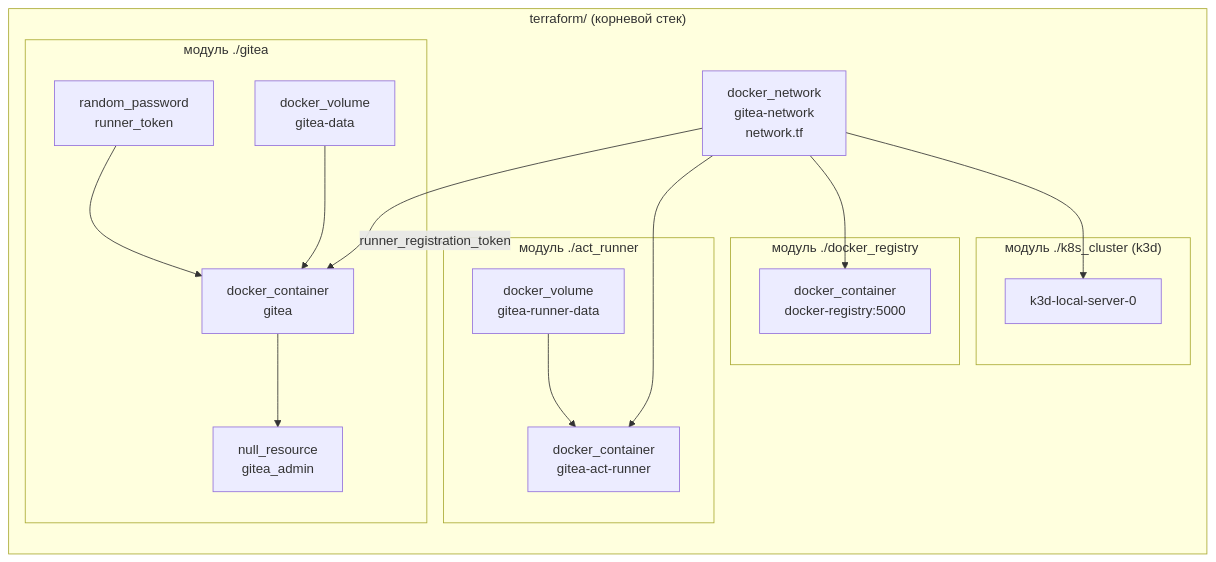
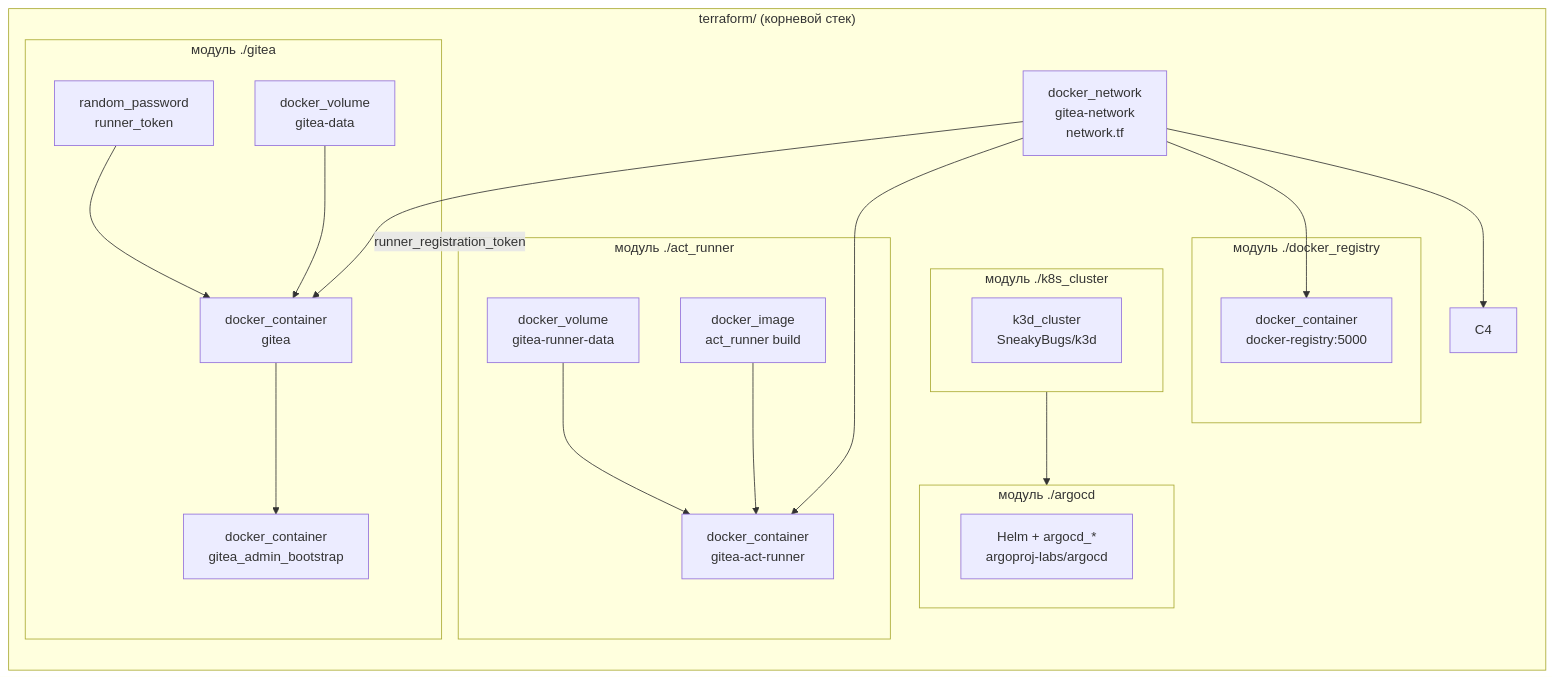
Before and after one commit to KRTone/environment: the second of 4 diagrams in documentation/EnvironmentObsidian/Схема проекта.md, drawn with Mermaid. The commit also changed other lines of this file and 42 other files, not shown here.

````diff
--- a/documentation/EnvironmentObsidian/Схема проекта.md
+++ b/documentation/EnvironmentObsidian/Схема проекта.md
@@ -53,31 +53,37 @@
 ```mermaid
 flowchart LR
     subgraph Root["terraform/ (корневой стек)"]
         N[docker_network<br/>gitea-network<br/>network.tf]
         subgraph ModGitea["модуль ./gitea"]
             R1[random_password<br/>runner_token]
             VG[docker_volume<br/>gitea-data]
             C1[docker_container<br/>gitea]
-            A[null_resource<br/>gitea_admin]
+            B[docker_container<br/>gitea_admin_bootstrap]
             R1 --> C1
             VG --> C1
-            C1 --> A
+            C1 --> B
         end
         subgraph ModRunner["модуль ./act_runner"]
             VR[docker_volume<br/>gitea-runner-data]
+            BI[docker_image<br/>act_runner build]
             C2[docker_container<br/>gitea-act-runner]
             VR --> C2
+            BI --> C2
         end
         subgraph ModRegistry["модуль ./docker_registry"]
             C3[docker_container<br/>docker-registry:5000]
         end
-        subgraph ModK8s["модуль ./k8s_cluster (k3d)"]
-            C4[k3d-local-server-0]
+        subgraph ModK8s["модуль ./k8s_cluster"]
+            K3D[k3d_cluster<br/>SneakyBugs/k3d]
+        end
+        subgraph ModArgo["модуль ./argocd"]
+            C5[Helm + argocd_*<br/>argoproj-labs/argocd]
         end
         N --> C1
         N --> C2
         N --> C3
         N --> C4
         ModGitea -->|"runner_registration_token"| ModRunner
+        ModK8s --> ModArgo
     end
 ```
````
